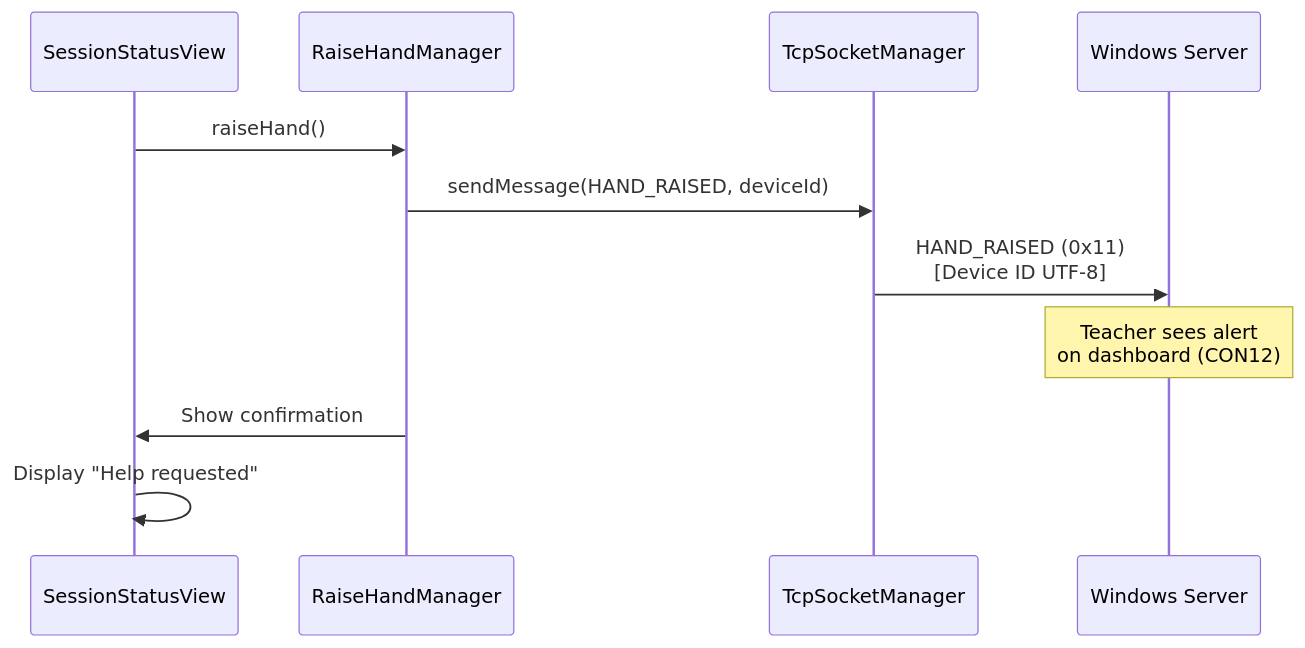
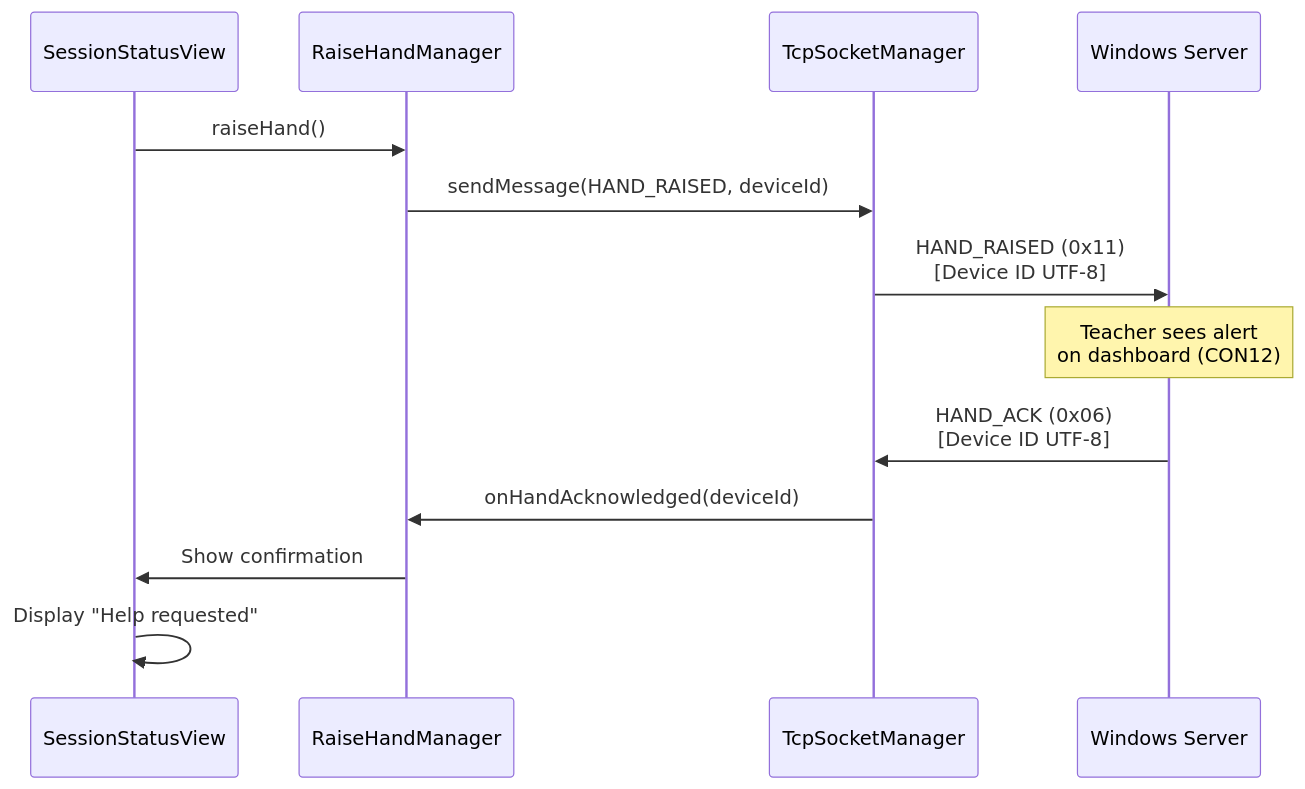
Before and after one commit to raphaellith/Manuscripta: the eighth of 15 diagrams in docs/Android System Design.md, drawn with Mermaid. The commit also changed other lines of this file and 1 other file, not shown here.

Commit message:
feat: Introduce explicit acknowledgment messages for material distribution and hand-raised events, updating system design and API contract documentation.

````diff
--- a/docs/Android System Design.md
+++ b/docs/Android System Design.md
@@ -448,16 +450,18 @@
 ```mermaid
 sequenceDiagram
     participant UI as SessionStatusView
     participant RHM as RaiseHandManager
     participant TCP as TcpSocketManager
     participant W as Windows Server
     
     UI->>RHM: raiseHand()
     RHM->>TCP: sendMessage(HAND_RAISED, deviceId)
     TCP->>W: HAND_RAISED (0x11)<br/>[Device ID UTF-8]
     
     Note over W: Teacher sees alert<br/>on dashboard (CON12)
     
+    W->>TCP: HAND_ACK (0x06)<br/>[Device ID UTF-8]
+    TCP->>RHM: onHandAcknowledged(deviceId)
     RHM->>UI: Show confirmation
     UI->>UI: Display "Help requested"
 ```
````
